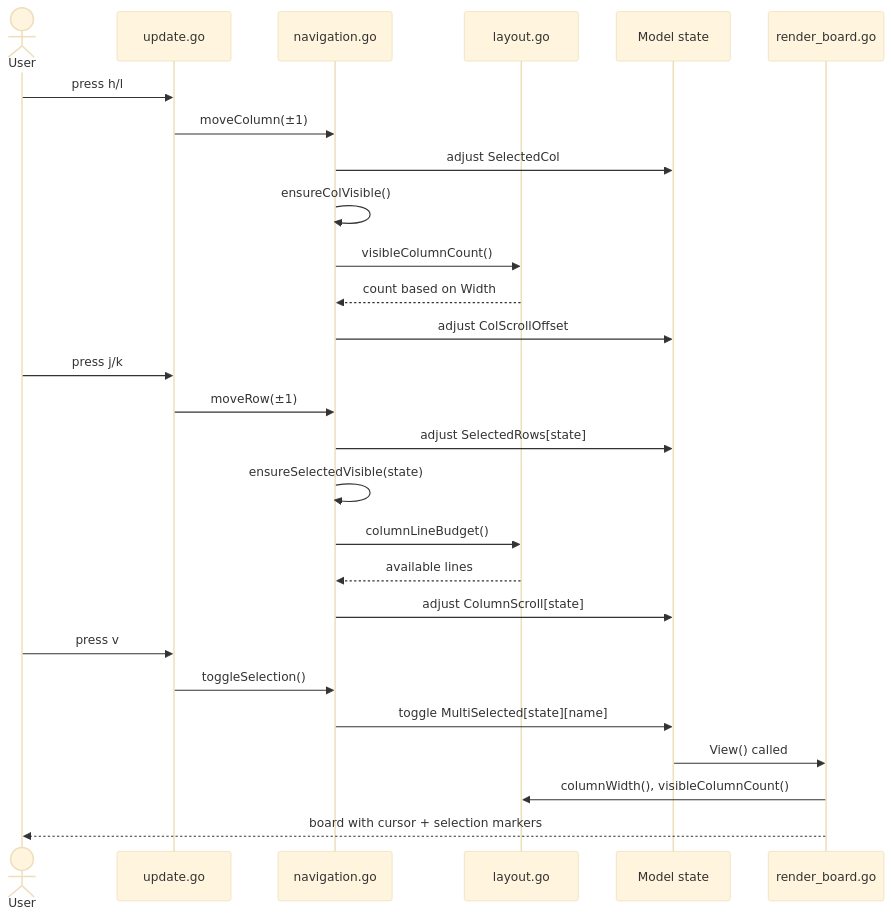
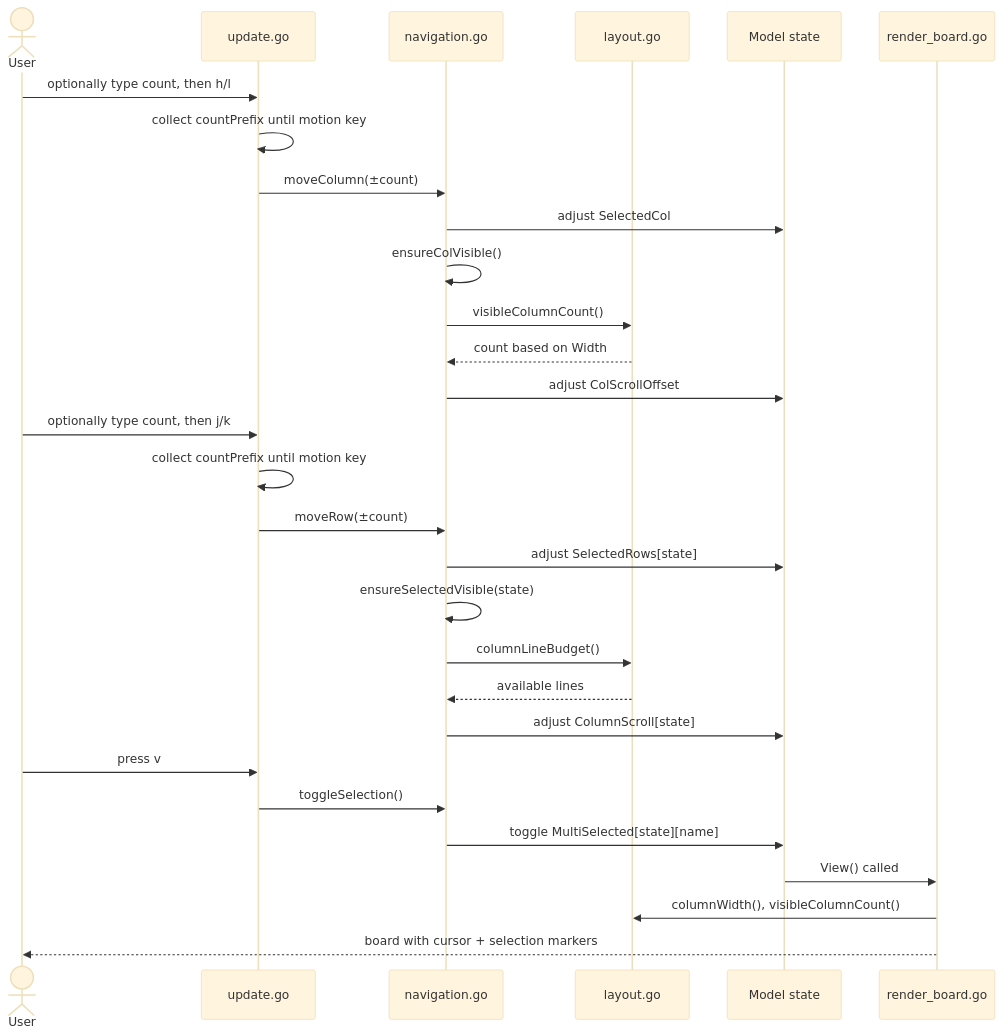
One commit to dawidsok/tickcats changed the third of 3 diagrams in docs/flows/board-navigation.md. Above: the diagram before and after it, drawn with Mermaid (base theme). The commit also changed other lines of this file and 5 other files, not shown here.

````diff
--- a/docs/flows/board-navigation.md
+++ b/docs/flows/board-navigation.md
@@ -61,33 +65,35 @@
 ```mermaid
 sequenceDiagram
     actor User
     participant Update as update.go
     participant Nav as navigation.go
     participant Layout as layout.go
     participant Model as Model state
     participant Render as render_board.go
 
-    User->>Update: press h/l
-    Update->>Nav: moveColumn(±1)
+    User->>Update: optionally type count, then h/l
+    Update->>Update: collect countPrefix until motion key
+    Update->>Nav: moveColumn(±count)
     Nav->>Model: adjust SelectedCol
     Nav->>Nav: ensureColVisible()
     Nav->>Layout: visibleColumnCount()
     Layout-->>Nav: count based on Width
     Nav->>Model: adjust ColScrollOffset
 
-    User->>Update: press j/k
-    Update->>Nav: moveRow(±1)
+    User->>Update: optionally type count, then j/k
+    Update->>Update: collect countPrefix until motion key
+    Update->>Nav: moveRow(±count)
     Nav->>Model: adjust SelectedRows[state]
     Nav->>Nav: ensureSelectedVisible(state)
     Nav->>Layout: columnLineBudget()
     Layout-->>Nav: available lines
     Nav->>Model: adjust ColumnScroll[state]
 
     User->>Update: press v
     Update->>Nav: toggleSelection()
     Nav->>Model: toggle MultiSelected[state][name]
 
     Model->>Render: View() called
     Render->>Layout: columnWidth(), visibleColumnCount()
     Render-->>User: board with cursor + selection markers
 ```
````
